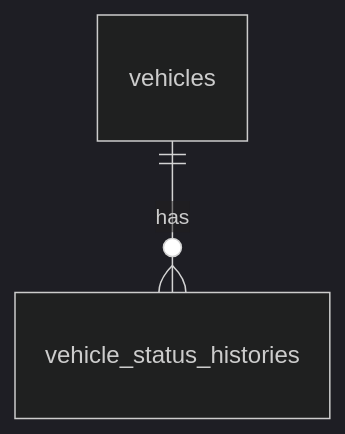
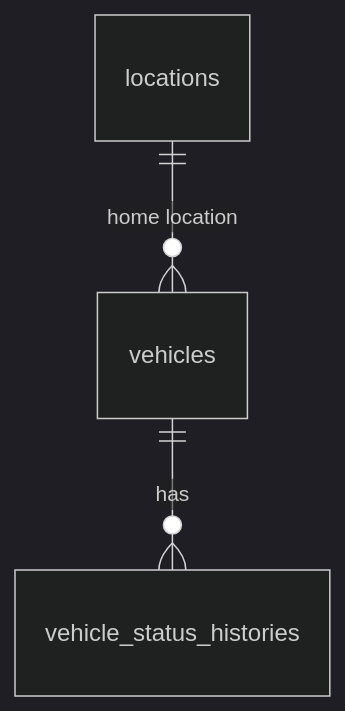
One commit to jjchase41/ai-sdlc-car-rental changed the diagram in docs/trd/database-design-vehicle-onboarding.md. Above: the diagram before and after it, drawn with Mermaid (dark theme). The commit also changed other lines of this file and 1 other file, not shown here.

Commit message:
docs: merge vehicle master schema

````diff
--- a/docs/trd/database-design-vehicle-onboarding.md
+++ b/docs/trd/database-design-vehicle-onboarding.md
@@ -10,4 +10,5 @@
 ```mermaid
 erDiagram
+    locations ||--o{ vehicles : "home location"
     vehicles ||--o{ vehicle_status_histories : has
 ```
````
